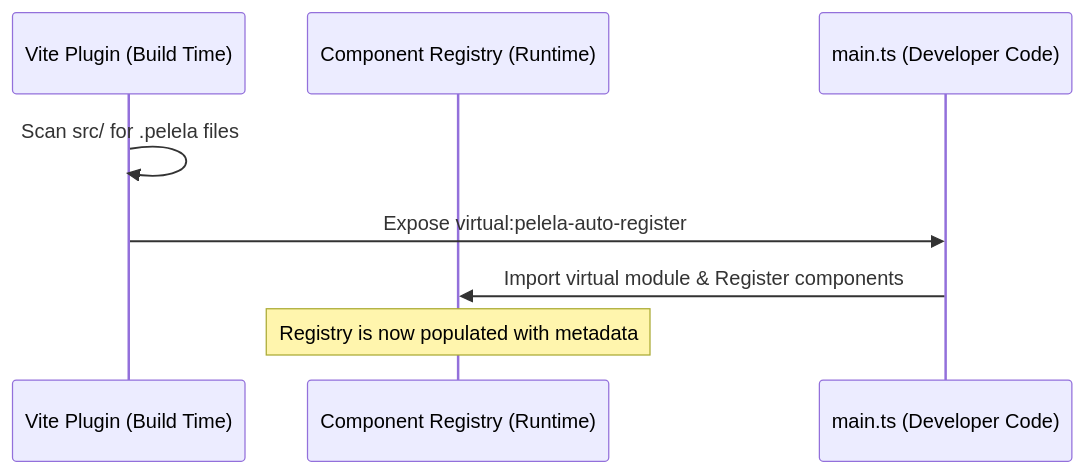
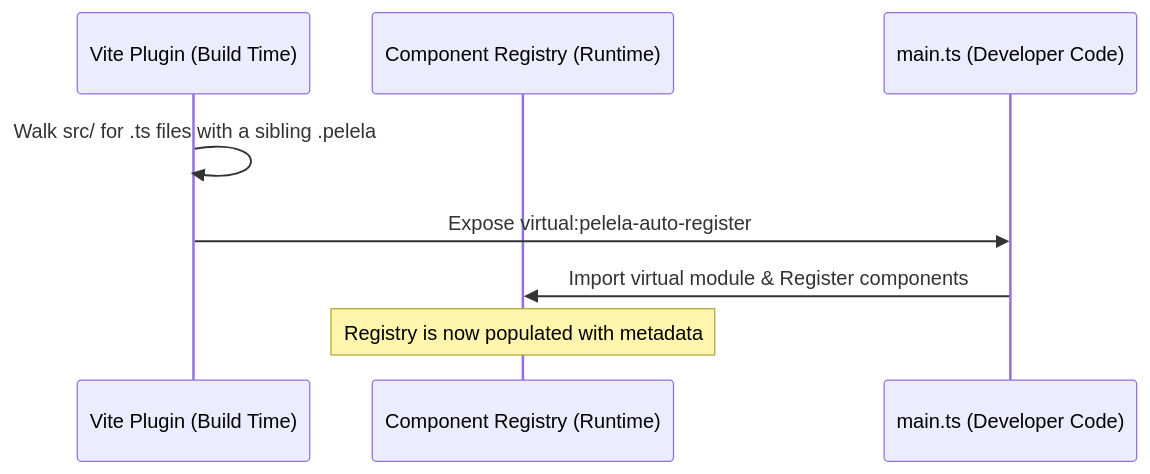
The second of 4 diagrams in docs/core/ARCHITECTURE.md (uqbar-project/pelelajs), drawn with Mermaid before and after one commit. The commit also changed other lines of this file and 2 other files, not shown here.

Commit message:
Fix tests & document contract of .pelela / .ts files and view model names

````diff
--- a/docs/core/ARCHITECTURE.md
+++ b/docs/core/ARCHITECTURE.md
@@ -44,11 +46,11 @@
 ```mermaid
 sequenceDiagram
     participant Build as Vite Plugin (Build Time)
     participant Registry as Component Registry (Runtime)
     participant Main as main.ts (Developer Code)
     
-    Build->>Build: Scan src/ for .pelela files
+    Build->>Build: Walk src/ for .ts files with a sibling .pelela
     Build->>Main: Expose virtual:pelela-auto-register
     Main->>Registry: Import virtual module & Register components
     Note over Registry: Registry is now populated with metadata
 ```
````
